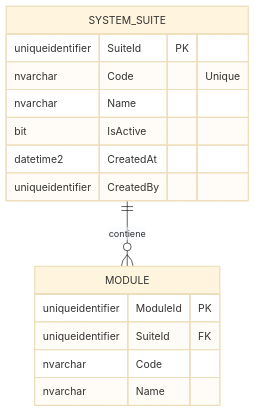
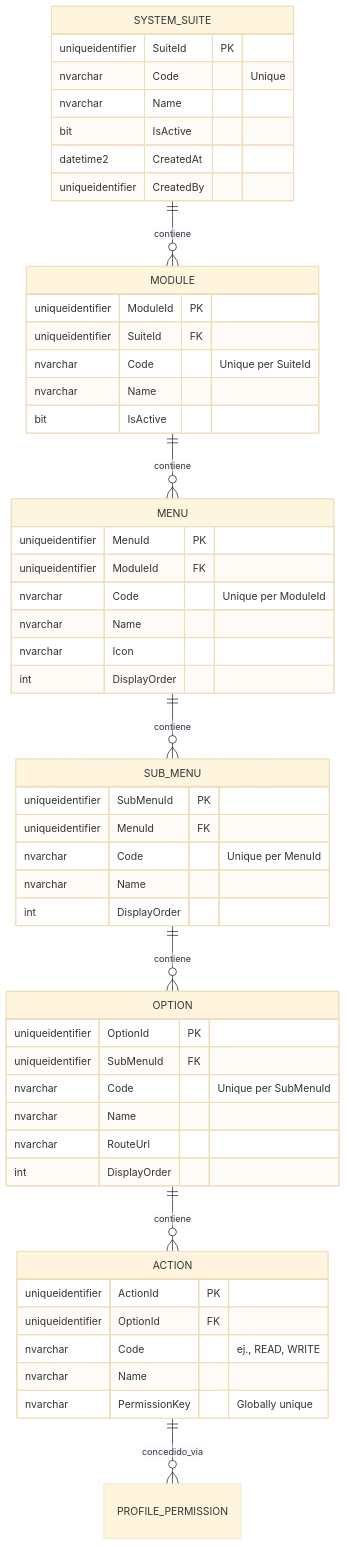
One commit to beyondnetcode/ums changed the third of 4 diagrams in docs/domain-es/authorization/system-suite.md. Above: the diagram before and after it, drawn with Mermaid (base theme). The commit also changed other lines of this file and 19 other files, not shown here.

````diff
--- a/docs/domain-es/authorization/system-suite.md
+++ b/docs/domain-es/authorization/system-suite.md
@@ -149,19 +274,55 @@
 ```mermaid
 erDiagram
     SYSTEM_SUITE ||--o{ MODULE : "contiene"
+    MODULE ||--o{ MENU : "contiene"
+    MENU ||--o{ SUB_MENU : "contiene"
+    SUB_MENU ||--o{ OPTION : "contiene"
+    OPTION ||--o{ ACTION : "contiene"
+    ACTION ||--o{ PROFILE_PERMISSION : "concedido_via"
 
     SYSTEM_SUITE {
         uniqueidentifier SuiteId PK
         nvarchar Code "Unique"
         nvarchar Name
         bit IsActive
         datetime2 CreatedAt
         uniqueidentifier CreatedBy
     }
     MODULE {
         uniqueidentifier ModuleId PK
         uniqueidentifier SuiteId FK
-        nvarchar Code
+        nvarchar Code "Unique per SuiteId"
         nvarchar Name
+        bit IsActive
+    }
+    MENU {
+        uniqueidentifier MenuId PK
+        uniqueidentifier ModuleId FK
+        nvarchar Code "Unique per ModuleId"
+        nvarchar Name
+        nvarchar Icon
+        int DisplayOrder
+    }
+    SUB_MENU {
+        uniqueidentifier SubMenuId PK
+        uniqueidentifier MenuId FK
+        nvarchar Code "Unique per MenuId"
+        nvarchar Name
+        int DisplayOrder
+    }
+    OPTION {
+        uniqueidentifier OptionId PK
+        uniqueidentifier SubMenuId FK
+        nvarchar Code "Unique per SubMenuId"
+        nvarchar Name
+        nvarchar RouteUrl
+        int DisplayOrder
+    }
+    ACTION {
+        uniqueidentifier ActionId PK
+        uniqueidentifier OptionId FK
+        nvarchar Code "ej., READ, WRITE"
+        nvarchar Name
+        nvarchar PermissionKey "Globally unique"
     }
 ```
````
